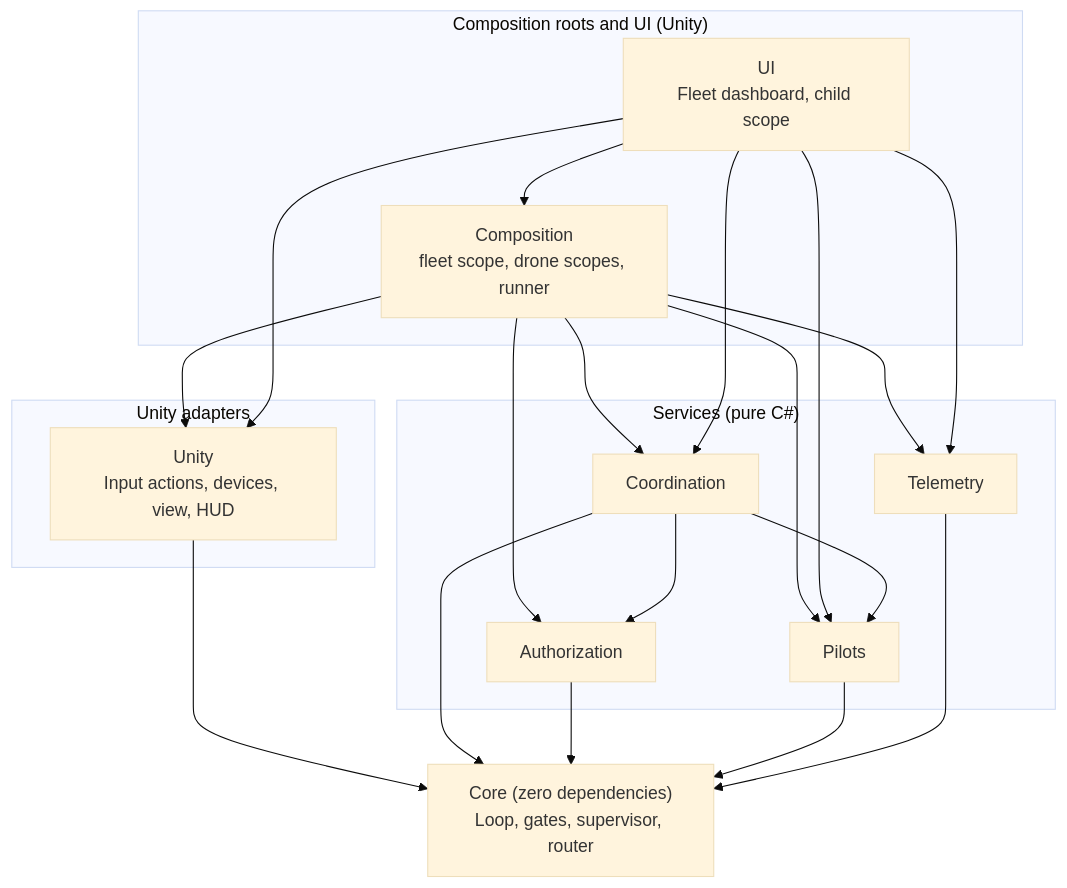
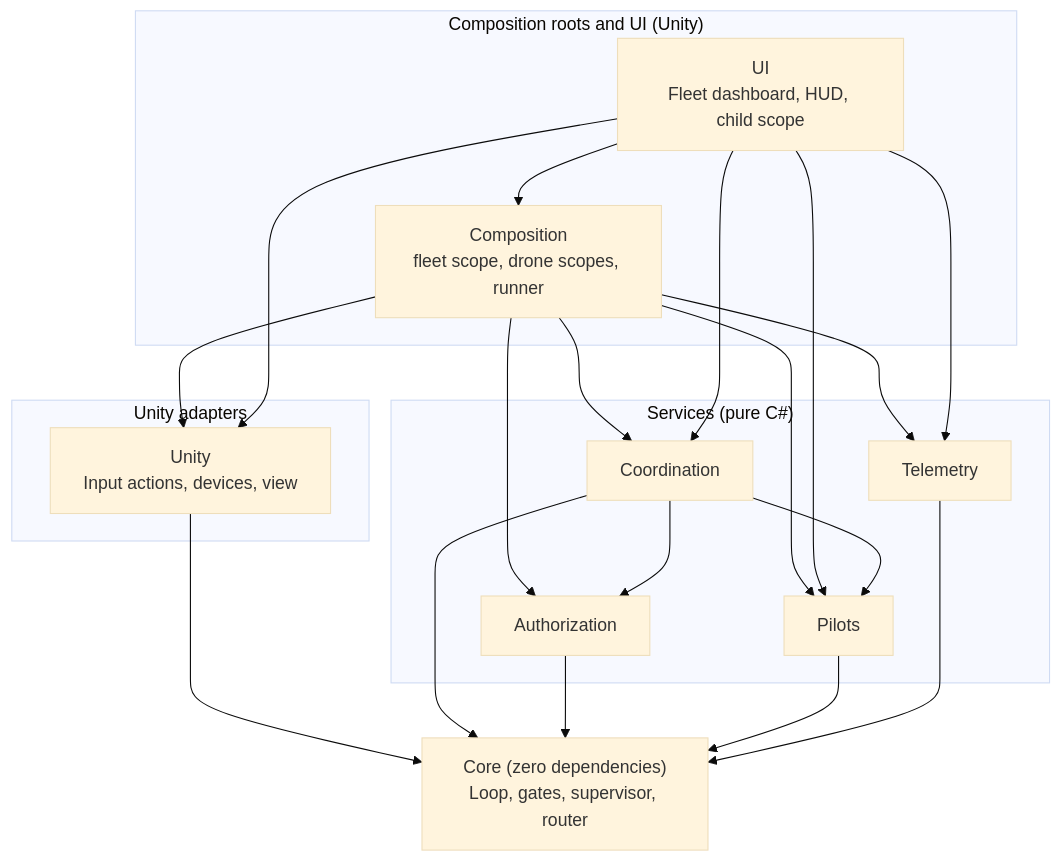
One commit to AlanKolic/DroneFlightModule changed the first of 4 diagrams in Docs/Architecture.md. Above: the diagram before and after it, drawn with Mermaid (base theme). The commit also changed other lines of this file and 55 other files, not shown here.

````diff
--- a/Docs/Architecture.md
+++ b/Docs/Architecture.md
@@ -23,25 +23,25 @@
 ```mermaid
 flowchart TB
     subgraph Roots["Composition roots and UI (Unity)"]
         Comp["Composition<br/>fleet scope, drone scopes, runner"]
-        UI["UI<br/>Fleet dashboard, child scope"]
+        UI["UI<br/>Fleet dashboard, HUD, child scope"]
     end
     subgraph Adapters["Unity adapters"]
-        Unity["Unity<br/>Input actions, devices, view, HUD"]
+        Unity["Unity<br/>Input actions, devices, view"]
     end
     subgraph Services["Services (pure C#)"]
         Coord["Coordination"]
         Auth["Authorization"]
         Pilots["Pilots"]
         Tele["Telemetry"]
     end
     Core["Core (zero dependencies)<br/>Loop, gates, supervisor, router"]
 
     Comp --> Unity & Coord & Auth & Pilots & Tele
     UI --> Comp & Unity & Tele & Coord & Pilots
     Unity --> Core
     Coord --> Auth & Pilots & Core
     Auth --> Core
     Pilots --> Core
     Tele --> Core
 ```
````
